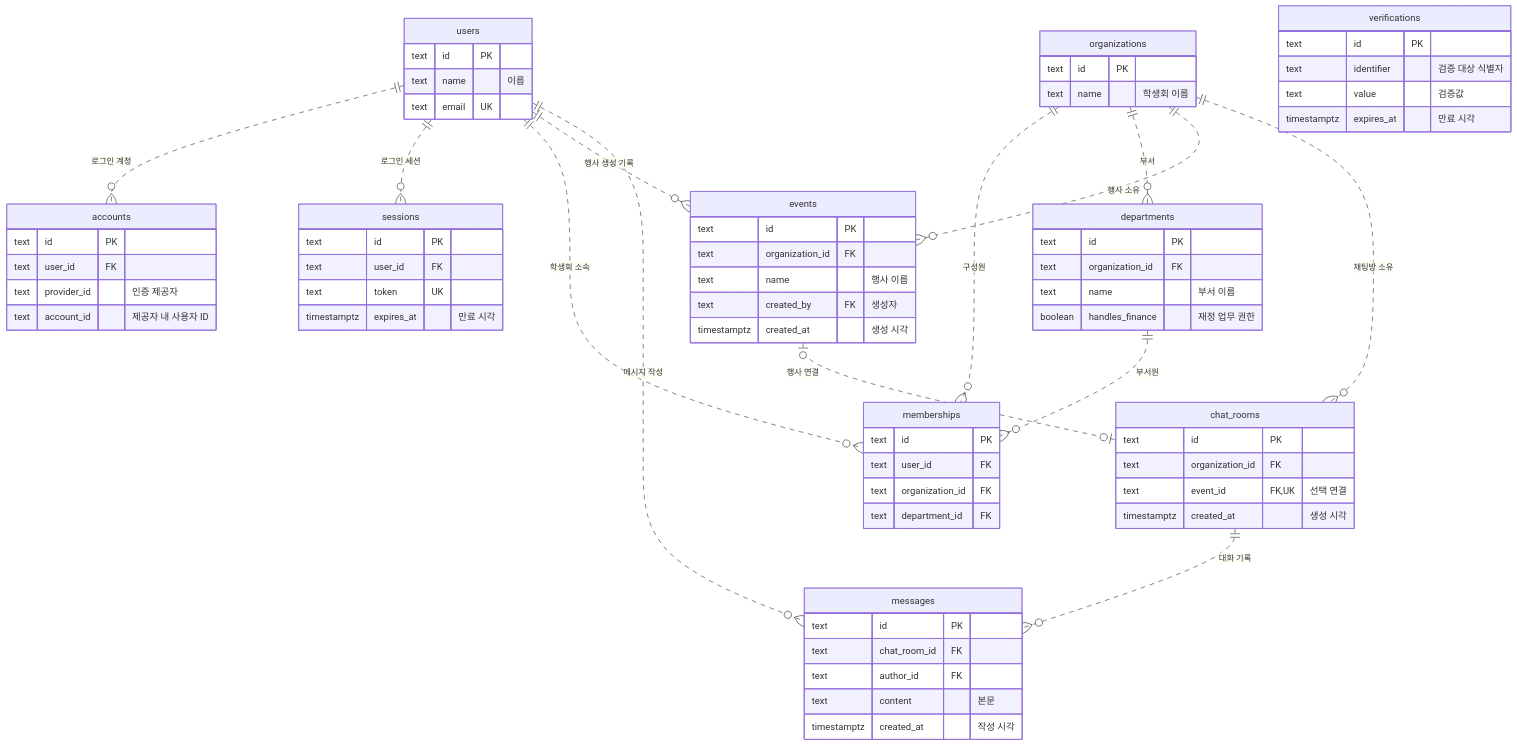
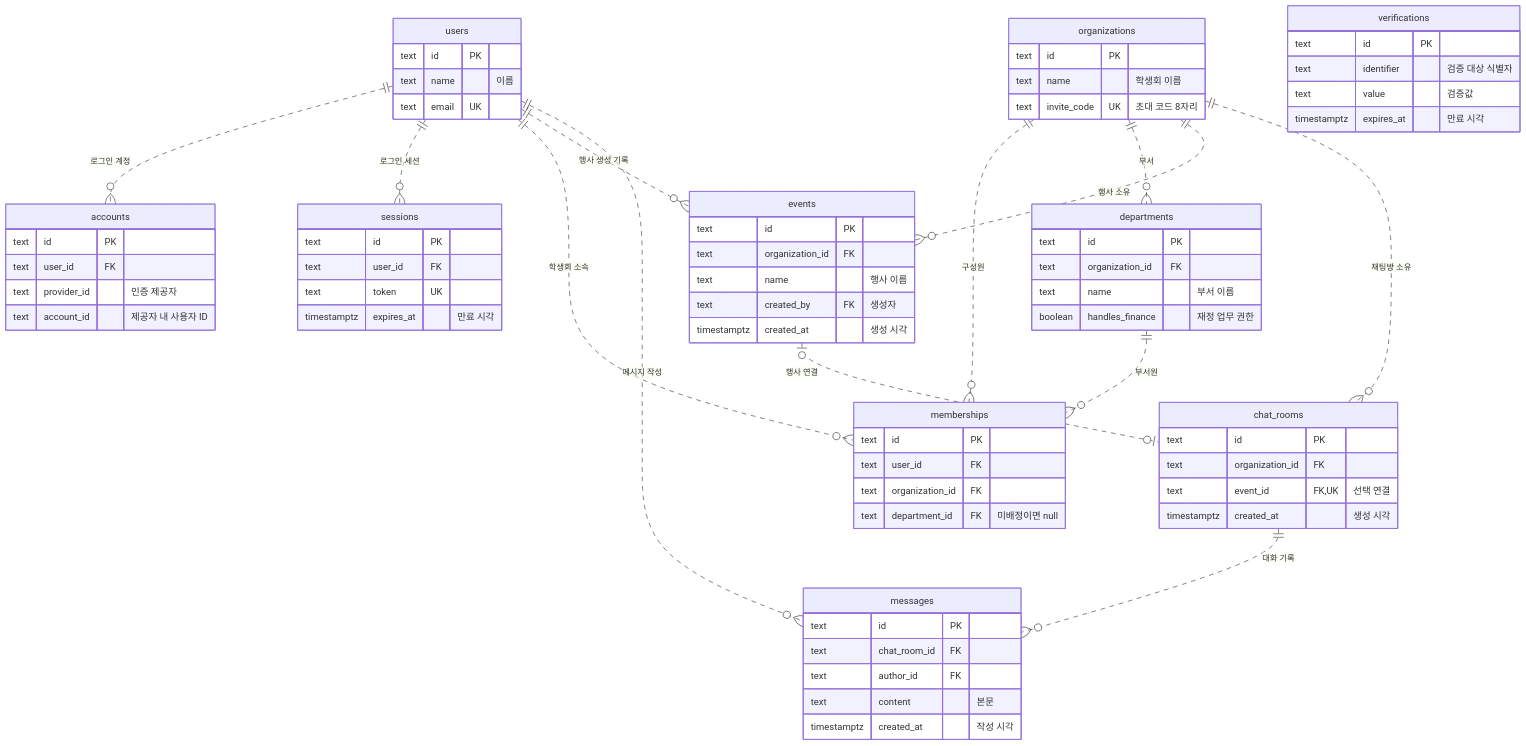
The first of 3 diagrams in docs/ERD.md (vada-hq/vada), drawn with Mermaid before and after one commit. The commit also changed other lines of this file and 1 other file, not shown here.

````diff
--- a/docs/ERD.md
+++ b/docs/ERD.md
@@ -7,75 +7,76 @@
 ```mermaid
 erDiagram
     users ||..o{ accounts : "로그인 계정"
     users ||..o{ sessions : "로그인 세션"
     users ||..o{ memberships : "학생회 소속"
     organizations ||..o{ memberships : "구성원"
     organizations ||..o{ departments : "부서"
     departments ||..o{ memberships : "부서원"
     organizations ||..o{ events : "행사 소유"
     users ||..o{ events : "행사 생성 기록"
     organizations ||..o{ chatRooms : "채팅방 소유"
     events |o..o| chatRooms : "행사 연결"
     chatRooms ||..o{ messages : "대화 기록"
     users ||..o{ messages : "메시지 작성"
 
     users {
         text id PK
         text name "이름"
         text email UK
     }
     accounts {
         text id PK
         text user_id FK
         text provider_id "인증 제공자"
         text account_id "제공자 내 사용자 ID"
     }
     sessions {
         text id PK
         text user_id FK
         text token UK
         timestamptz expires_at "만료 시각"
     }
     verifications {
         text id PK
         text identifier "검증 대상 식별자"
         text value "검증값"
         timestamptz expires_at "만료 시각"
     }
     organizations {
         text id PK
         text name "학생회 이름"
+        text invite_code UK "초대 코드 8자리"
     }
     departments {
         text id PK
         text organization_id FK
         text name "부서 이름"
         boolean handles_finance "재정 업무 권한"
     }
     events {
         text id PK
         text organization_id FK
         text name "행사 이름"
         text created_by FK "생성자"
         timestamptz created_at "생성 시각"
     }
     chatRooms["chat_rooms"] {
         text id PK
         text organization_id FK
         text event_id FK, UK "선택 연결"
         timestamptz created_at "생성 시각"
     }
     messages {
         text id PK
         text chat_room_id FK
         text author_id FK
         text content "본문"
         timestamptz created_at "작성 시각"
     }
     memberships {
         text id PK
         text user_id FK
         text organization_id FK
-        text department_id FK
+        text department_id FK "미배정이면 null"
     }
 ```
````
